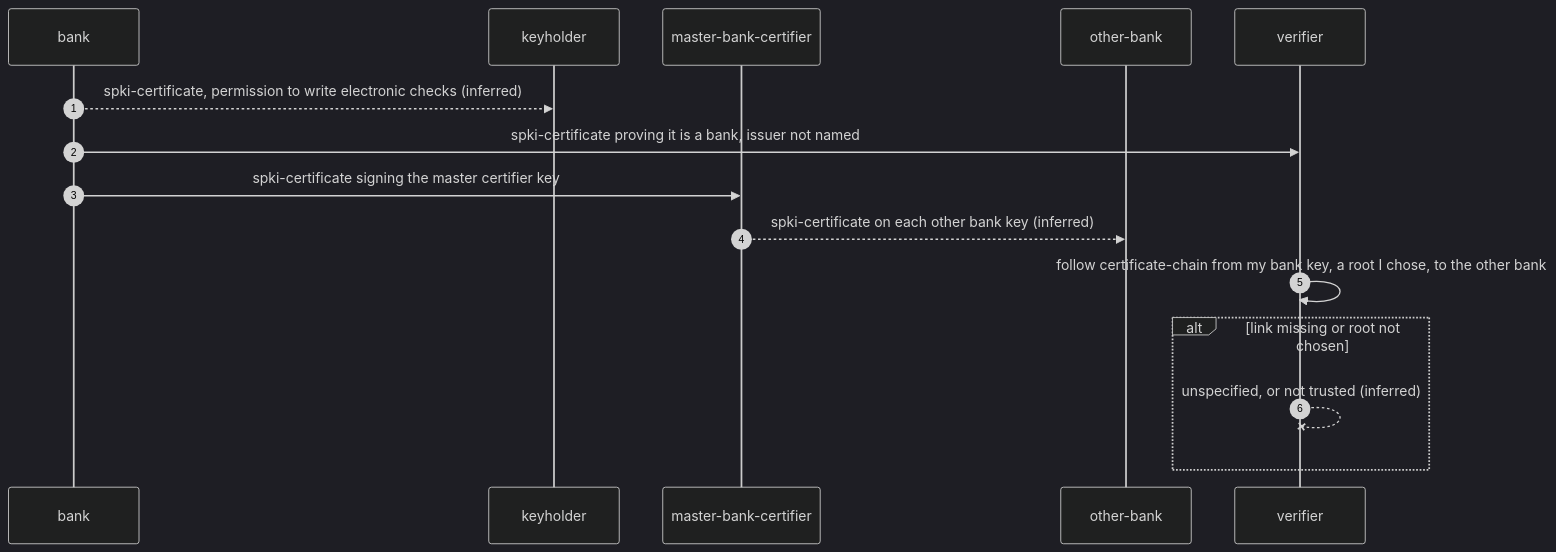
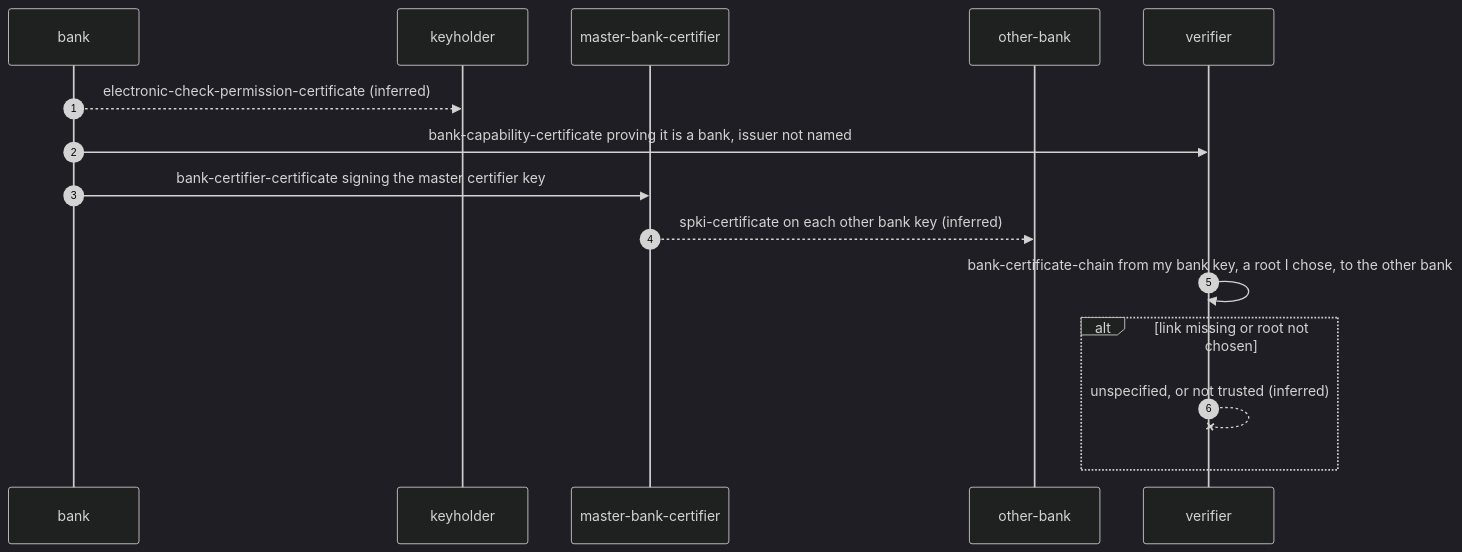
Diagram 15 of 26 in records/ietf/rfc-2692/distilled/protocol.md (m-of-n/library), drawn with Mermaid (dark theme) before and after one commit. The commit also changed other lines of this file and 9 other files, not shown here.

````diff
--- a/records/ietf/rfc-2692/distilled/protocol.md
+++ b/records/ietf/rfc-2692/distilled/protocol.md
@@ -460,17 +472,17 @@
 ```mermaid
 sequenceDiagram
   autonumber
   participant B as bank
   participant K as keyholder
   participant M as master-bank-certifier
   participant O as other-bank
   participant V as verifier
-  B-->>K: spki-certificate, permission to write electronic checks (inferred)
-  B->>V: spki-certificate proving it is a bank, issuer not named
-  B->>M: spki-certificate signing the master certifier key
+  B-->>K: electronic-check-permission-certificate (inferred)
+  B->>V: bank-capability-certificate proving it is a bank, issuer not named
+  B->>M: bank-certifier-certificate signing the master certifier key
   M-->>O: spki-certificate on each other bank key (inferred)
-  V->>V: follow certificate-chain from my bank key, a root I chose, to the other bank
+  V->>V: bank-certificate-chain from my bank key, a root I chose, to the other bank
   alt link missing or root not chosen
     V--xV: unspecified, or not trusted (inferred)
   end
 ```
````
